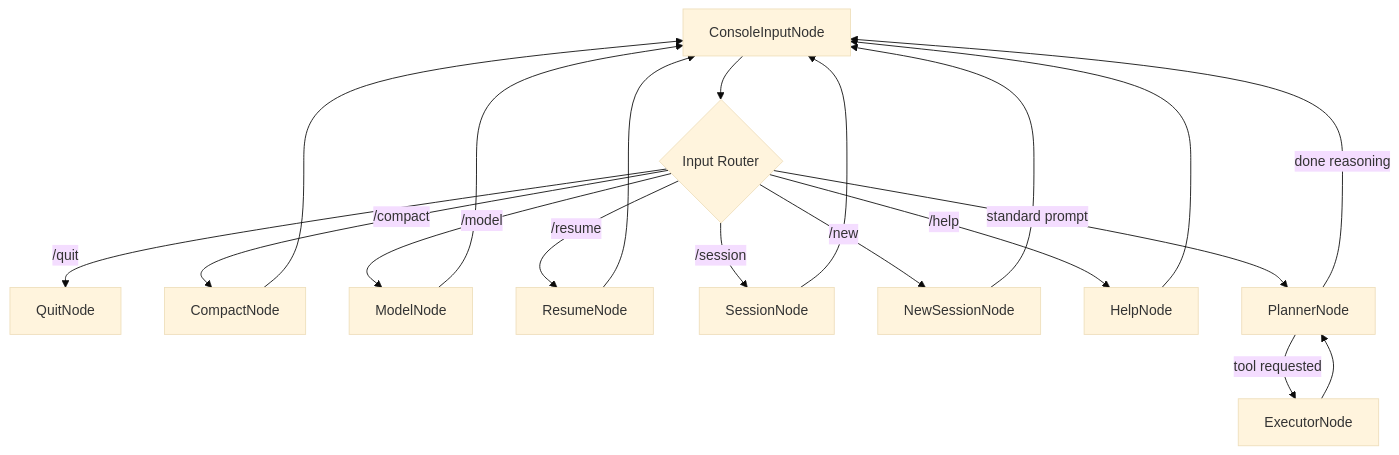
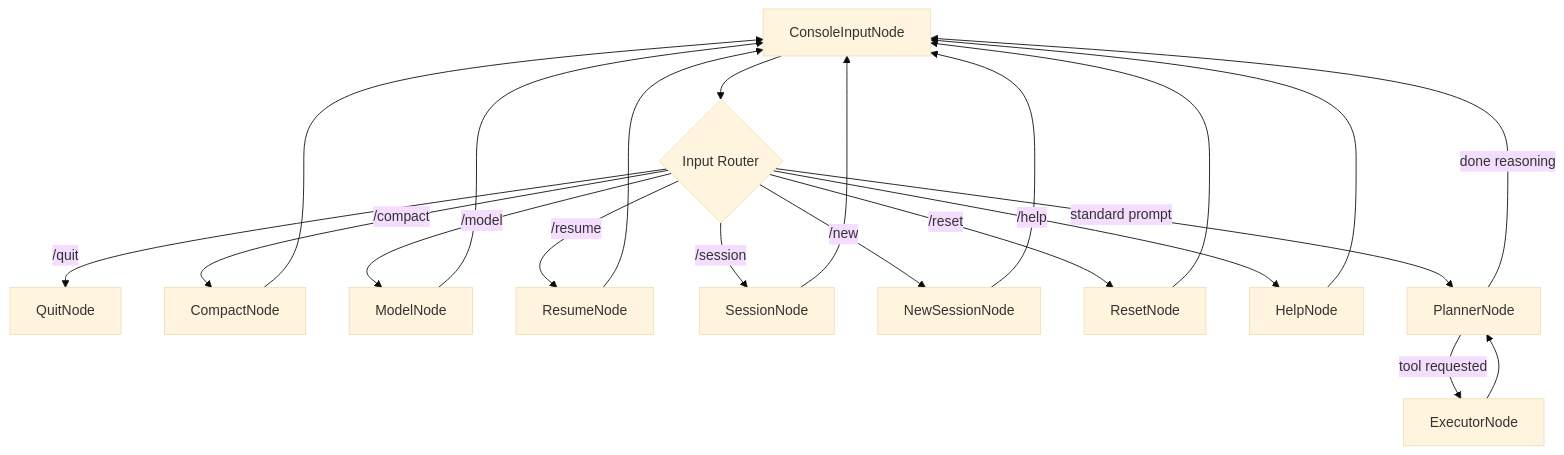
One commit to mbenetti/Pocket-Pi changed the diagram in Training/tutorial_agent_features/02_pocketflow_state_machine_framework.md. Above: the diagram before and after it, drawn with Mermaid (base theme). The commit also changed 4 other files, not shown here.

````diff
--- a/Training/tutorial_agent_features/02_pocketflow_state_machine_framework.md
+++ b/Training/tutorial_agent_features/02_pocketflow_state_machine_framework.md
@@ -103,23 +103,25 @@
 ```mermaid
 flowchart TD
     ConsoleInput[ConsoleInputNode] --> InputRouter{Input Router}
     InputRouter -- "/quit" --> QuitNode[QuitNode]
     InputRouter -- "/compact" --> CompactNode[CompactNode]
     InputRouter -- "/model" --> ModelNode[ModelNode]
     InputRouter -- "/resume" --> ResumeNode[ResumeNode]
     InputRouter -- "/session" --> SessionNode[SessionNode]
     InputRouter -- "/new" --> NewSessionNode[NewSessionNode]
+    InputRouter -- "/reset" --> ResetNode[ResetNode]
     InputRouter -- "/help" --> HelpNode[HelpNode]
     InputRouter -- "standard prompt" --> PlannerNode[PlannerNode]
     
     CompactNode --> ConsoleInput
     ModelNode --> ConsoleInput
     ResumeNode --> ConsoleInput
     SessionNode --> ConsoleInput
     NewSessionNode --> ConsoleInput
+    ResetNode --> ConsoleInput
     HelpNode --> ConsoleInput
     
     PlannerNode -- "tool requested" --> ExecutorNode[ExecutorNode]
     ExecutorNode --> PlannerNode
     PlannerNode -- "done reasoning" --> ConsoleInput
 ```
````
